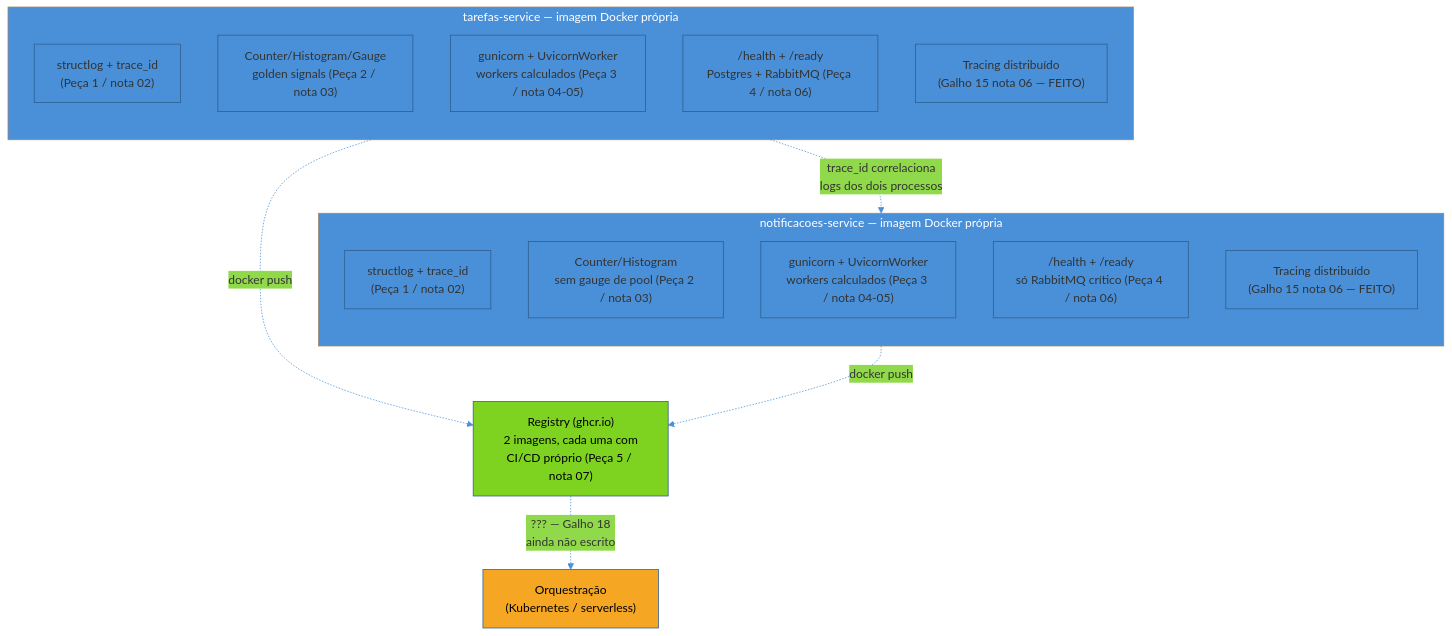
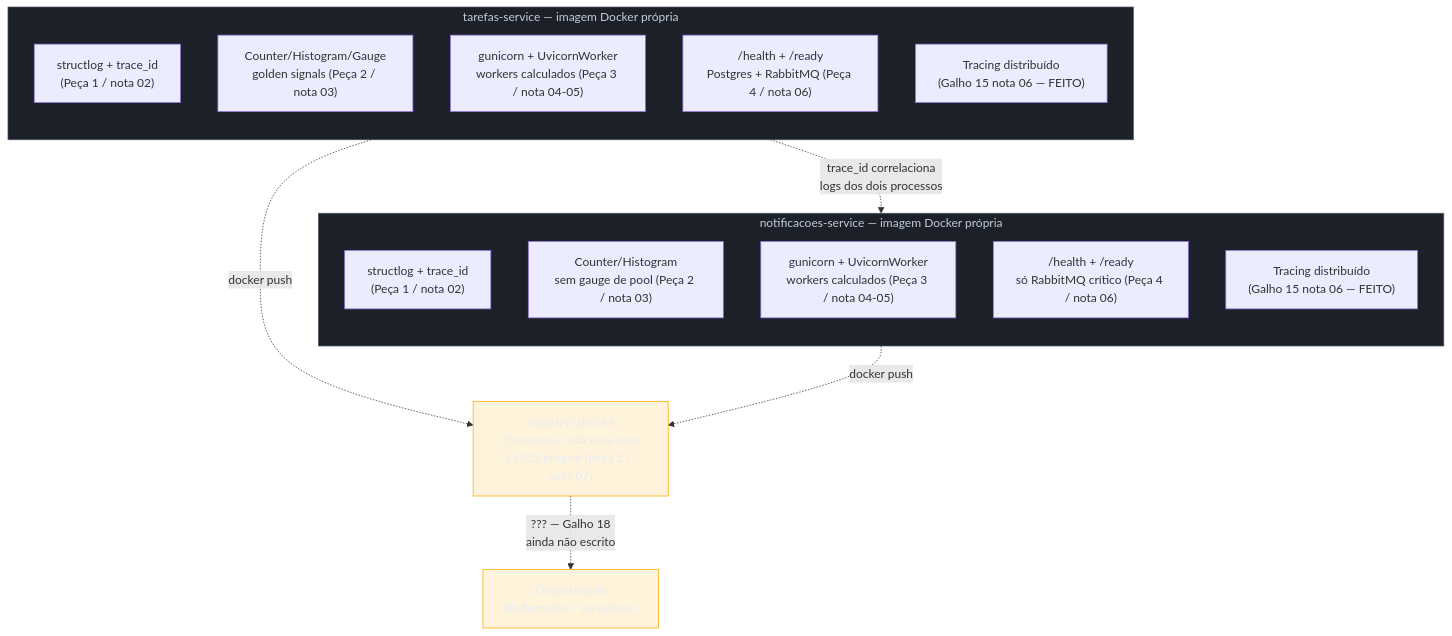
The fourth of 5 diagrams in 03-Dominios/Tecnologia/Python/Observabilidade e produção/08 - Capstone — os dois serviços prontos pra produção.md (josenaldo/codex-technomanticus), drawn with Mermaid before and after one commit. The commit also changed other lines of this file and 1181 other files, not shown here.

First line of the commit message:
fix(diagramas): paleta do sistema no lugar de cor cravada no markdown

````diff
--- a/03-Dominios/Tecnologia/Python/Observabilidade e produção/08 - Capstone — os dois serviços prontos pra produção.md
+++ b/03-Dominios/Tecnologia/Python/Observabilidade e produção/08 - Capstone — os dois serviços prontos pra produção.md
@@ -416,34 +418,35 @@
 ```mermaid
-%%{init: {"theme": "base", "themeVariables": {"primaryColor": "#4A90D9", "primaryBorderColor": "#2E5C8A", "lineColor": "#4A90D9"}}}%%
 flowchart TB
+    classDef neutro fill:#1B2029,stroke:#4E5666,color:#C6CCD8
+    classDef destaque fill:#FFAA0024,stroke:#FFAA00,color:#E9ECF2
     subgraph T["tarefas-service — imagem Docker própria"]
         direction TB
         T1["structlog + trace_id<br/>(Peça 1 / nota 02)"]
         T2["Counter/Histogram/Gauge<br/>golden signals (Peça 2 / nota 03)"]
         T3["gunicorn + UvicornWorker<br/>workers calculados (Peça 3 / nota 04-05)"]
         T4["/health + /ready<br/>Postgres + RabbitMQ (Peça 4 / nota 06)"]
         T5["Tracing distribuído<br/>(Galho 15 nota 06 — FEITO)"]
     end
 
     subgraph N["notificacoes-service — imagem Docker própria"]
         direction TB
         N1["structlog + trace_id<br/>(Peça 1 / nota 02)"]
         N2["Counter/Histogram<br/>sem gauge de pool (Peça 2 / nota 03)"]
         N3["gunicorn + UvicornWorker<br/>workers calculados (Peça 3 / nota 04-05)"]
         N4["/health + /ready<br/>só RabbitMQ crítico (Peça 4 / nota 06)"]
         N5["Tracing distribuído<br/>(Galho 15 nota 06 — FEITO)"]
     end
 
     T -.->|"trace_id correlaciona<br/>logs dos dois processos"| N
 
     REG["Registry (ghcr.io)<br/>2 imagens, cada uma com<br/>CI/CD próprio (Peça 5 / nota 07)"]
     T -.->|"docker push"| REG
     N -.->|"docker push"| REG
 
     REG -.->|"??? — Galho 18<br/>ainda não escrito"| ORQ["Orquestração<br/>(Kubernetes / serverless)"]
 
-    style T fill:#4A90D9,color:#fff
-    style N fill:#4A90D9,color:#fff
-    style REG fill:#7ED321,color:#000
-    style ORQ fill:#F5A623,color:#000
+    class T neutro
+    class N neutro
+    class REG destaque
+    class ORQ destaque
 ```
````
